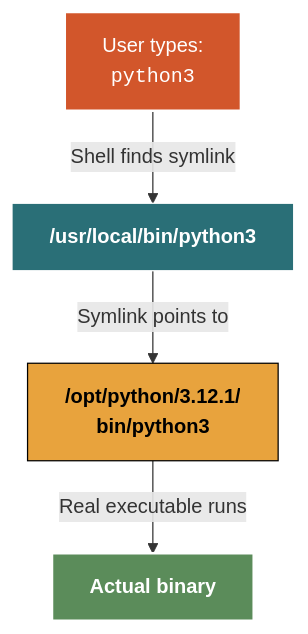
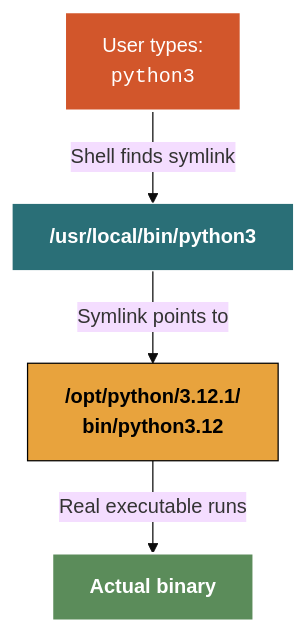
The second of 6 diagrams in install-apps.qmd (mjfrigaard/do4ds-labs), drawn with Mermaid before and after one commit. The commit also changed other lines of this file and 510 other files, not shown here.

````diff
--- a/install-apps.qmd
+++ b/install-apps.qmd
@@ -130,21 +130,21 @@
 ```{mermaid}
 %%| fig-cap: 'Symlink Resolution'
 %%| fig-width: 7.0
 %%| fig-align: 'center'
-%%{init: {'theme': 'base', 'themeVariables': {'fontFamily': 'monospace'}}}}%%
+%%{init: {'theme': 'base', 'themeVariables': {'fontFamily': 'monospace'}}}%%
 
 graph TD
     User["User types:<br/><code>python3</code>"]
     Link["<strong>/usr/local/bin/python3</strong>"]
-    Points["<strong>/opt/python/3.12.1/<br>bin/python3</strong>"]
+    Points["<strong>/opt/python/3.12.1/<br>bin/python3.12</strong>"]
     Real["<strong>Actual binary</strong>"]
 
     User --"Shell finds symlink"--> Link
     Link --"Symlink points to"--> Points
     Points --"Real executable runs"--> Real
 
     style User fill:#d2562b,stroke:#fff,stroke-width:2px,color:#fff
     style Link fill:#2a6f77,stroke:#fff,stroke-width:1px,color:#fff
     style Points fill:#e8a33d,stroke:#000,stroke-width:1px,color:#000
     style Real fill:#5b8c5a,stroke:#fff,stroke-width:2px,color:#fff
 ```
````
